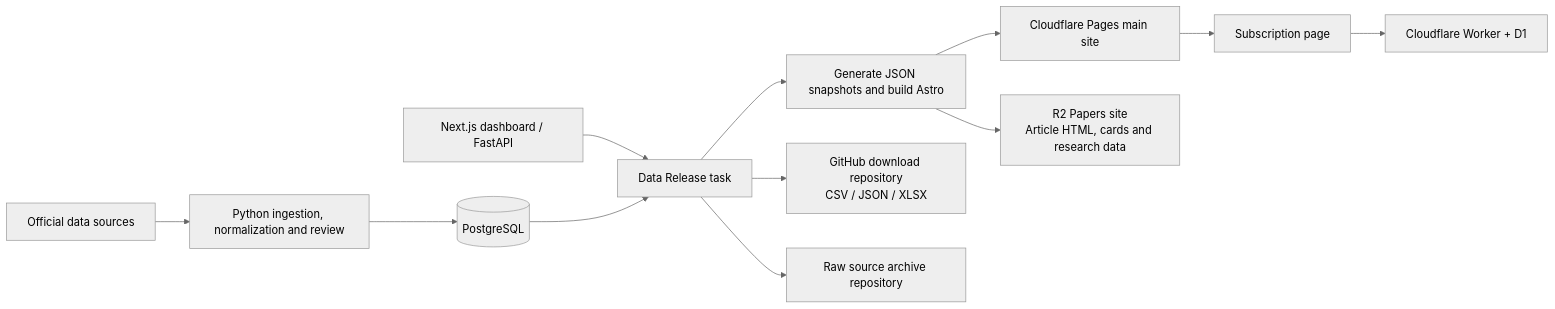
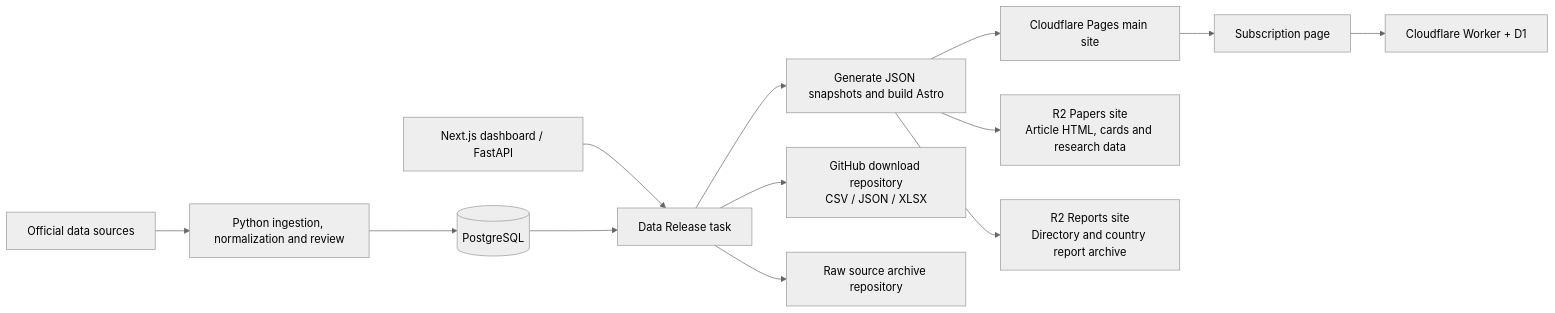
One commit to xmusphlkg/globalID2 changed the diagram in README.md. Above: the diagram before and after it, drawn with Mermaid (neutral theme). The commit also changed other lines of this file and 50 other files, not shown here.

Commit message:
Publish country reports on a dedicated R2 host

````diff
--- a/README.md
+++ b/README.md
@@ -108,14 +108,15 @@
 ```mermaid
 flowchart LR
   A[Official data sources] --> B[Python ingestion, normalization and review]
   B --> C[(PostgreSQL)]
   D[Next.js dashboard / FastAPI] --> E[Data Release task]
   C --> E
   E --> F[Generate JSON snapshots and build Astro]
   E --> G[GitHub download repository<br/>CSV / JSON / XLSX]
   E --> H[Raw source archive repository]
   F --> I[Cloudflare Pages main site]
   F --> J[R2 Papers site<br/>Article HTML, cards and research data]
+  F --> M[R2 Reports site<br/>Directory and country report archive]
   I --> K[Subscription page]
   K --> L[Cloudflare Worker + D1]
 ```
````
